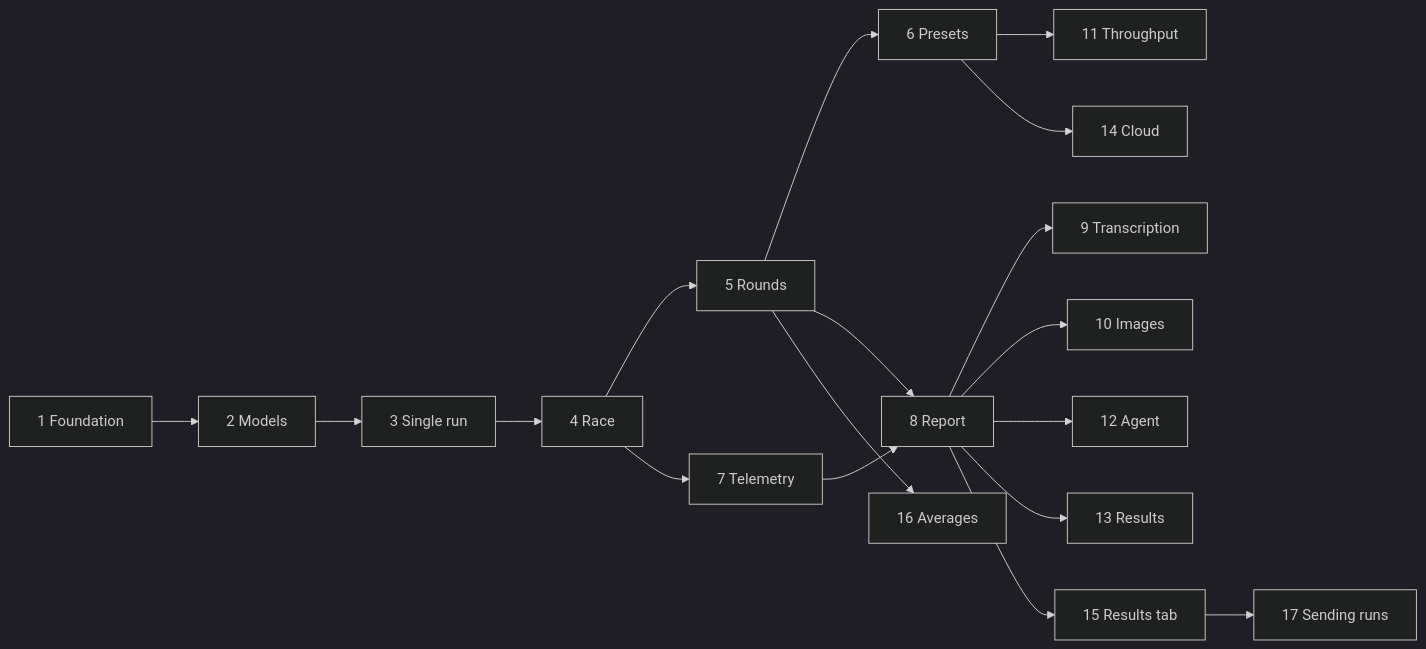
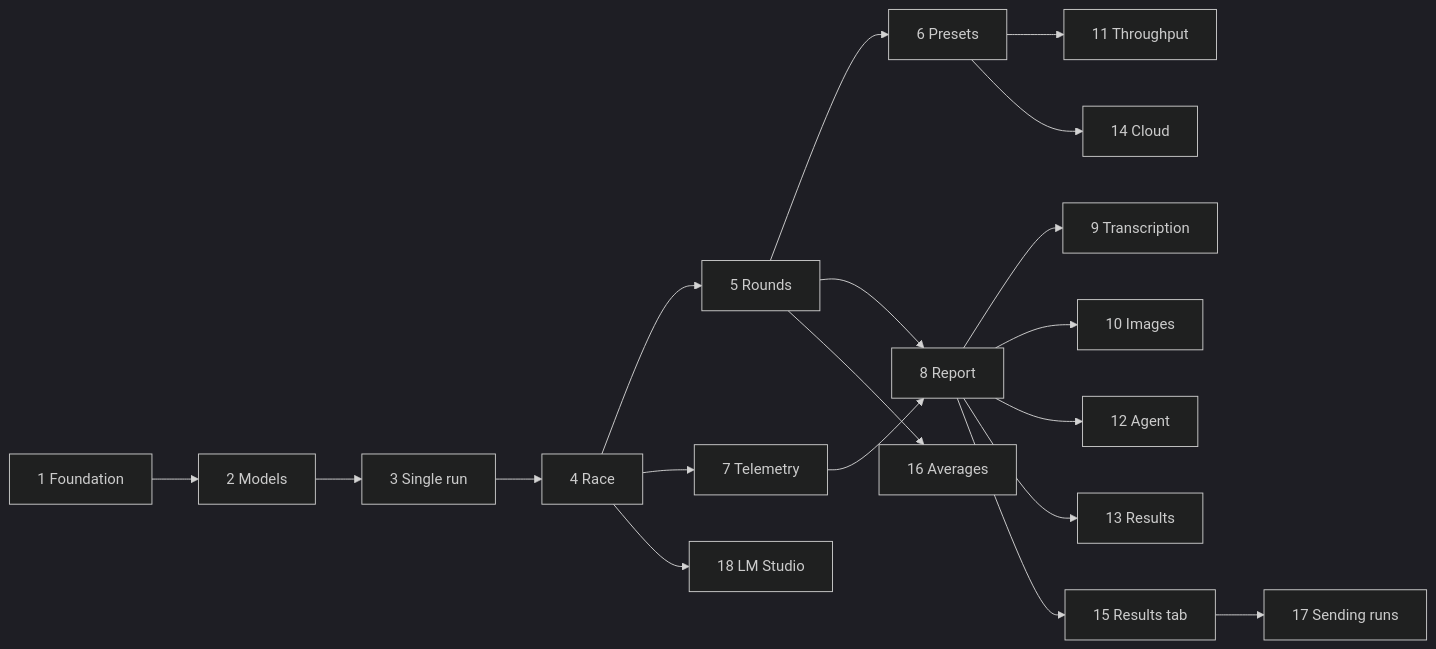
One commit to mnmohtasham/llm-head-to-head-benchmark changed the diagram in ROADMAP.md. Above: the diagram before and after it, drawn with Mermaid (dark theme). The commit also changed other lines of this file and 52 other files, not shown here.

````diff
--- a/ROADMAP.md
+++ b/ROADMAP.md
@@ -87,17 +88,18 @@
 ```mermaid
 flowchart LR
   P1[1 Foundation] --> P2[2 Models] --> P3[3 Single run] --> P4[4 Race]
   P4 --> P5[5 Rounds] --> P6[6 Presets]
   P4 --> P7[7 Telemetry]
   P5 --> P8[8 Report]
   P7 --> P8
   P8 --> P9[9 Transcription]
   P8 --> P10[10 Images]
   P6 --> P11[11 Throughput]
   P8 --> P12[12 Agent]
   P8 --> P13[13 Results]
   P6 --> P14[14 Cloud]
   P8 --> P15[15 Results tab]
   P5 --> P16[16 Averages]
   P15 --> P17[17 Sending runs]
+  P4 --> P18[18 LM Studio]
 ```
````
